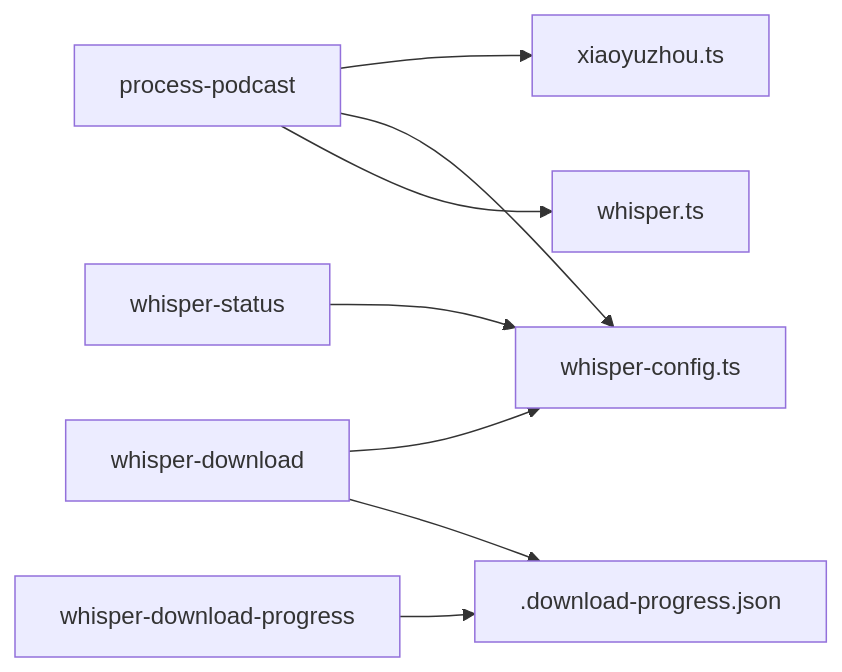
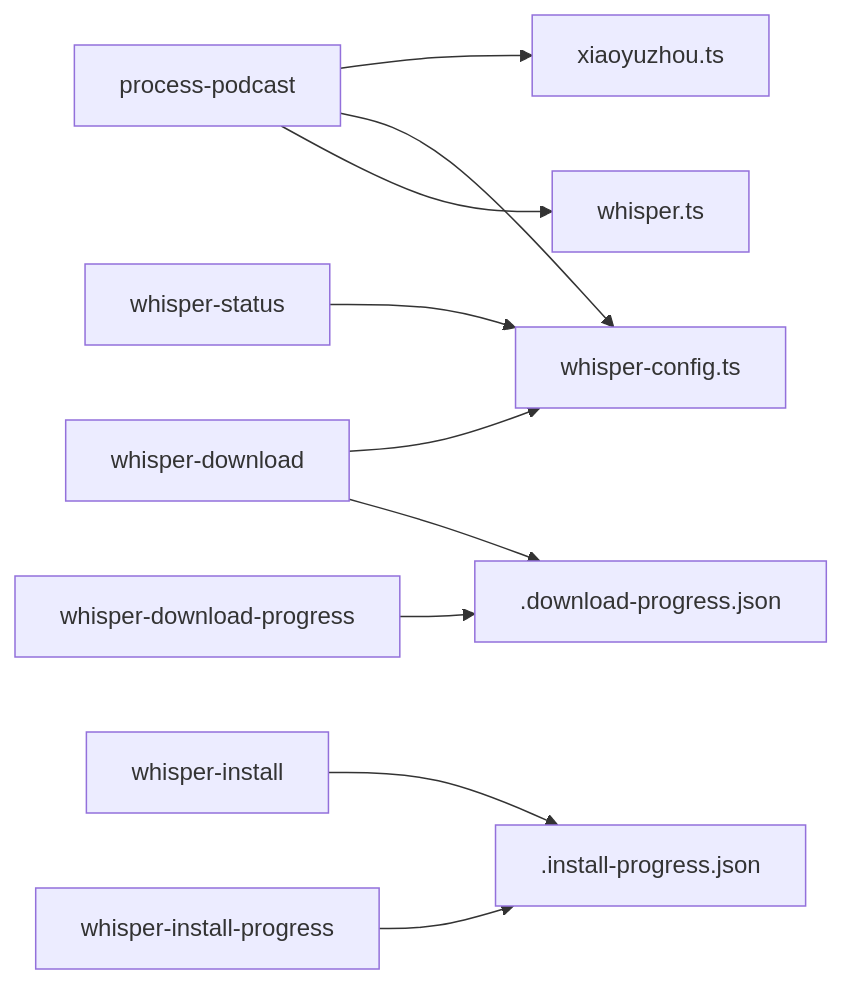
Before and after one commit to clawbotai/memo-flow: the eighth of 8 diagrams in .qoder/repowiki/zh/content/API 接口文档/API 接口文档.md, drawn with Mermaid. The commit also changed other lines of this file and 14 other files, not shown here.

````diff
--- a/.qoder/repowiki/zh/content/API 接口文档/API 接口文档.md
+++ b/.qoder/repowiki/zh/content/API 接口文档/API 接口文档.md
@@ -333,10 +397,12 @@
 ```mermaid
 graph LR
 PP["process-podcast"] --> XZ["xiaoyuzhou.ts"]
 PP --> WConf["whisper-config.ts"]
 PP --> WTTS["whisper.ts"]
 WD["whisper-download"] --> WConf
 WD --> Prog[".download-progress.json"]
 WDP["whisper-download-progress"] --> Prog
+WI["whisper-install"] --> Install[".install-progress.json"]
+WIP["whisper-install-progress"] --> Install
 WS["whisper-status"] --> WConf
 ```
````
